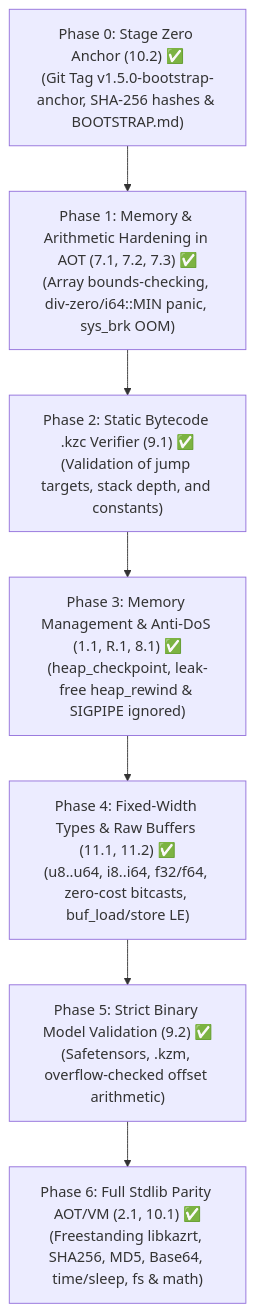
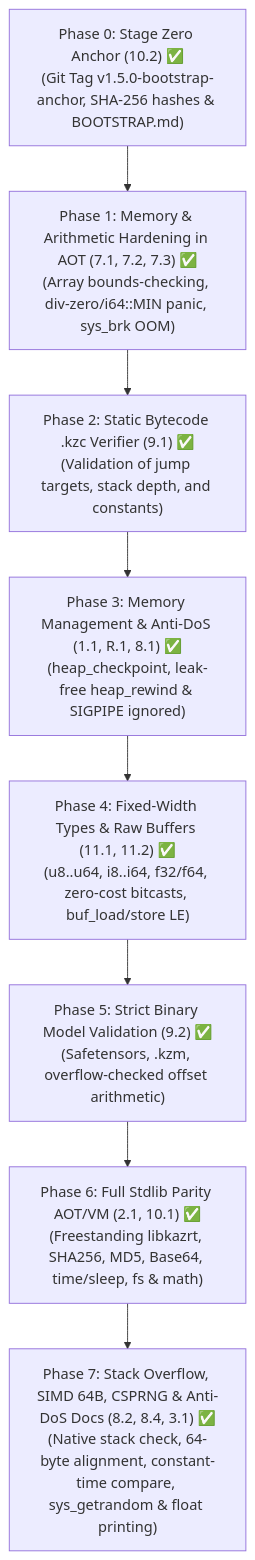
One commit to kazlang/kaz changed the diagram in docs/SECURITY_MASTER_PLAN.md. Above: the diagram before and after it, drawn with Mermaid. The commit also changed other lines of this file and 3 other files, not shown here.

Commit message:
docs(security): sync Phase 7 architecture and security master plan (stack overflow, SIMD 64B, CSPRNG & Anti-DoS docs)

````diff
--- a/docs/SECURITY_MASTER_PLAN.md
+++ b/docs/SECURITY_MASTER_PLAN.md
@@ -11,9 +11,10 @@
 ```mermaid
 flowchart TD
     F0["Phase 0: Stage Zero Anchor (10.2) ✅<br/>(Git Tag v1.5.0-bootstrap-anchor, SHA-256 hashes & BOOTSTRAP.md)"] --> F1["Phase 1: Memory & Arithmetic Hardening in AOT (7.1, 7.2, 7.3) ✅<br/>(Array bounds-checking, div-zero/i64::MIN panic, sys_brk OOM)"]
     F1 --> F2["Phase 2: Static Bytecode .kzc Verifier (9.1) ✅<br/>(Validation of jump targets, stack depth, and constants)"]
     F2 --> F3["Phase 3: Memory Management & Anti-DoS (1.1, R.1, 8.1) ✅<br/>(heap_checkpoint, leak-free heap_rewind & SIGPIPE ignored)"]
     F3 --> F4["Phase 4: Fixed-Width Types & Raw Buffers (11.1, 11.2) ✅<br/>(u8..u64, i8..i64, f32/f64, zero-cost bitcasts, buf_load/store LE)"]
     F4 --> F5["Phase 5: Strict Binary Model Validation (9.2) ✅<br/>(Safetensors, .kzm, overflow-checked offset arithmetic)"]
     F5 --> F6["Phase 6: Full Stdlib Parity AOT/VM (2.1, 10.1) ✅<br/>(Freestanding libkazrt, SHA256, MD5, Base64, time/sleep, fs & math)"]
+    F6 --> F7["Phase 7: Stack Overflow, SIMD 64B, CSPRNG & Anti-DoS Docs (8.2, 8.4, 3.1) ✅<br/>(Native stack check, 64-byte alignment, constant-time compare, sys_getrandom & float printing)"]
 ```
````
